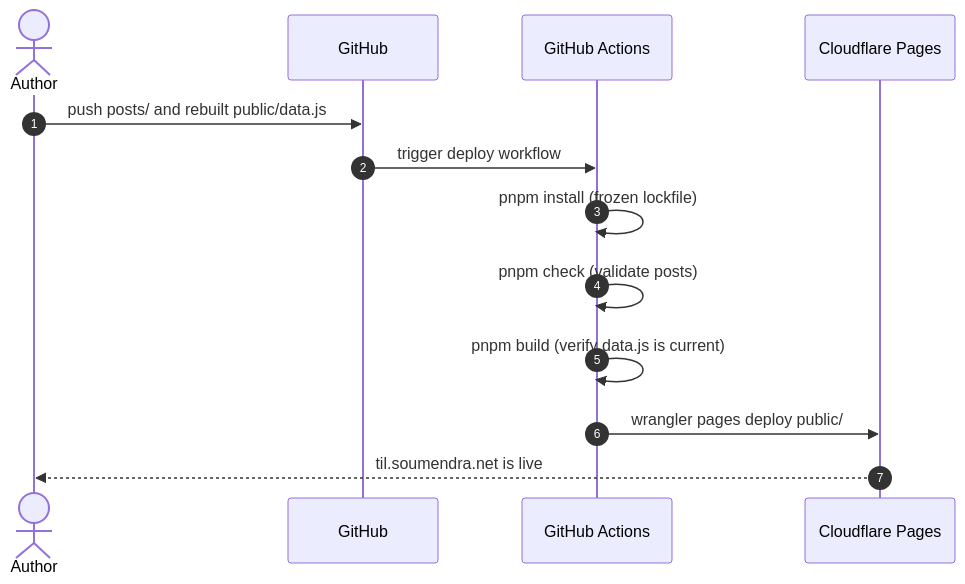
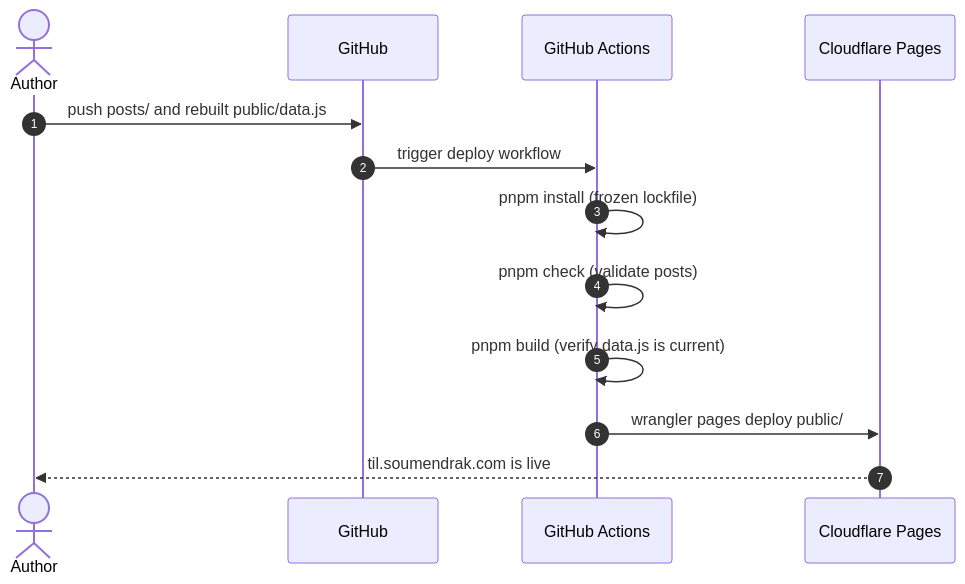
One commit to soumendrak/TIL changed the third of 3 diagrams in README.md. Above: the diagram before and after it, drawn with Mermaid. The commit also changed other lines of this file and 4 other files, not shown here.

First line of the commit message:
feat: change domain to til.soumendrak.com

````diff
--- a/README.md
+++ b/README.md
@@ -166,15 +166,15 @@
 ```mermaid
 sequenceDiagram
   autonumber
   actor Dev as Author
   participant GH as GitHub
   participant CI as GitHub Actions
   participant CF as Cloudflare Pages
   Dev->>GH: push posts/ and rebuilt public/data.js
   GH->>CI: trigger deploy workflow
   CI->>CI: pnpm install (frozen lockfile)
   CI->>CI: pnpm check (validate posts)
   CI->>CI: pnpm build (verify data.js is current)
   CI->>CF: wrangler pages deploy public/
-  CF-->>Dev: til.soumendra.net is live
+  CF-->>Dev: til.soumendrak.com is live
 ```
````
